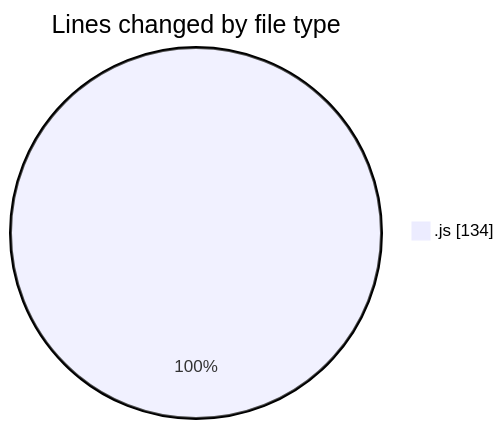
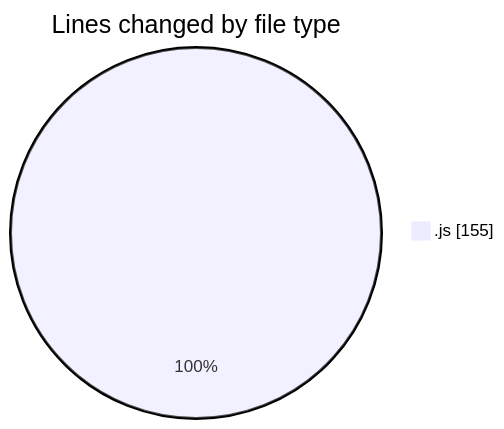
One commit to momahboobian/code-tracking changed the first of 2 diagrams in 2025-03-13/cda/README.md. Above: the diagram before and after it, drawn with Mermaid. The commit also changed other lines of this file and 1 other file, not shown here.

````diff
--- a/2025-03-13/cda/README.md
+++ b/2025-03-13/cda/README.md
@@ -21,5 +22,5 @@
 ```mermaid
 pie showData
 title Lines changed by file type
-".js" : 134
+".js" : 155
 ```
````
